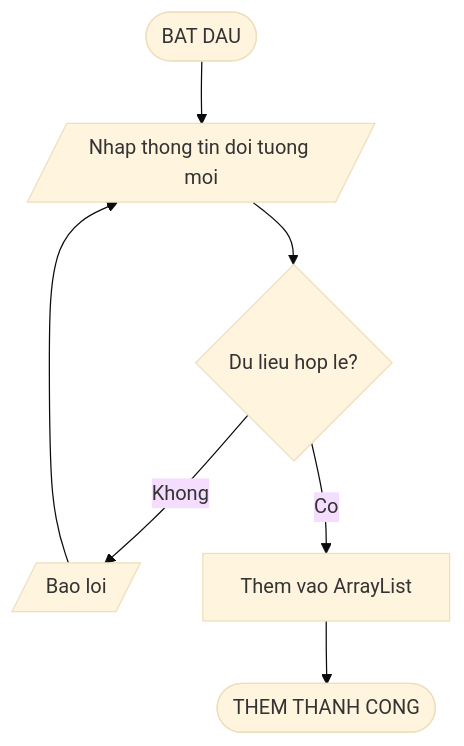
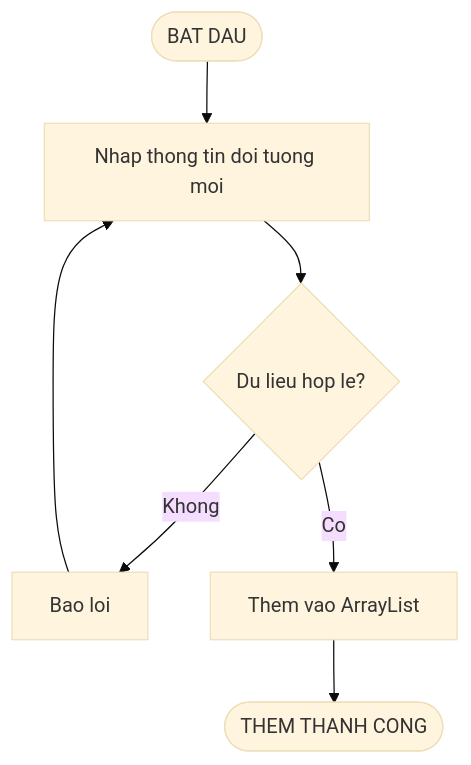
Before and after one commit to phucphuc2006/pro-192: the fourth of 20 diagrams in docs/Flowcharts/Flowcharts.md, drawn with Mermaid (base theme). The commit also changed other lines of this file, not shown here.

Commit message:
Fix Mermaid: remove parallelogram syntax for GitHub

````diff
--- a/docs/Flowcharts/Flowcharts.md
+++ b/docs/Flowcharts/Flowcharts.md
@@ -85,9 +84,9 @@
 ```mermaid
 flowchart TD
-    A([BAT DAU]) --> B[/Nhap thong tin doi tuong moi/]
+    A([BAT DAU]) --> B[Nhap thong tin doi tuong moi]
     B --> C{Du lieu hop le?}
-    C -->|Khong| D[/Bao loi/]
+    C -->|Khong| D[Bao loi]
     D --> B
     C -->|Co| E[Them vao ArrayList]
     E --> F([THEM THANH CONG])
 ```
````
